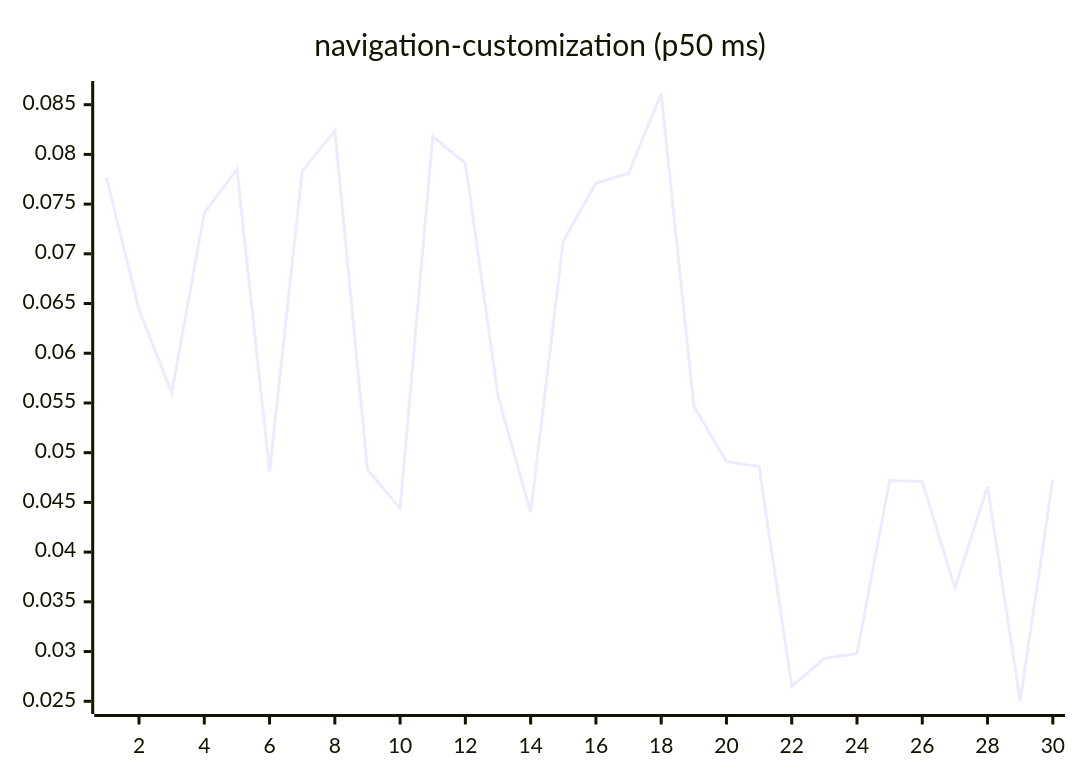
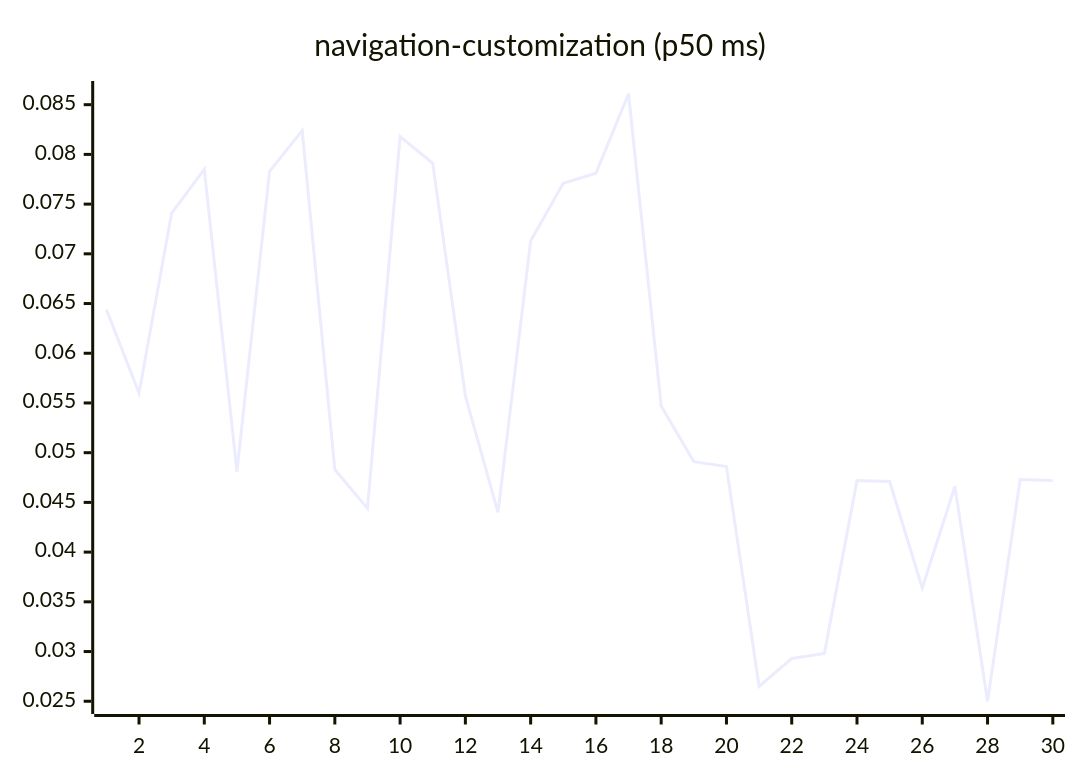
Diagram 15 of 27 in README.md (josha/Facet), drawn with Mermaid before and after one commit. The commit also changed other lines of this file and 2 other files, not shown here.

````diff
--- a/README.md
+++ b/README.md
@@ -161,6 +161,6 @@
 ```mermaid
 xychart-beta
     title "navigation-customization (p50 ms)"
     x-axis 1 --> 30
-    line [0.0777, 0.0644, 0.0560, 0.0741, 0.0785, 0.0481, 0.0783, 0.0824, 0.0483, 0.0444, 0.0818, 0.0791, 0.0557, 0.0440, 0.0713, 0.0771, 0.0781, 0.0861, 0.0547, 0.0491, 0.0486, 0.0265, 0.0293, 0.0298, 0.0472, 0.0471, 0.0364, 0.0466, 0.0250, 0.0473]
+    line [0.0644, 0.0560, 0.0741, 0.0785, 0.0481, 0.0783, 0.0824, 0.0483, 0.0444, 0.0818, 0.0791, 0.0557, 0.0440, 0.0713, 0.0771, 0.0781, 0.0861, 0.0547, 0.0491, 0.0486, 0.0265, 0.0293, 0.0298, 0.0472, 0.0471, 0.0364, 0.0466, 0.0250, 0.0473, 0.0472]
 ```
````
